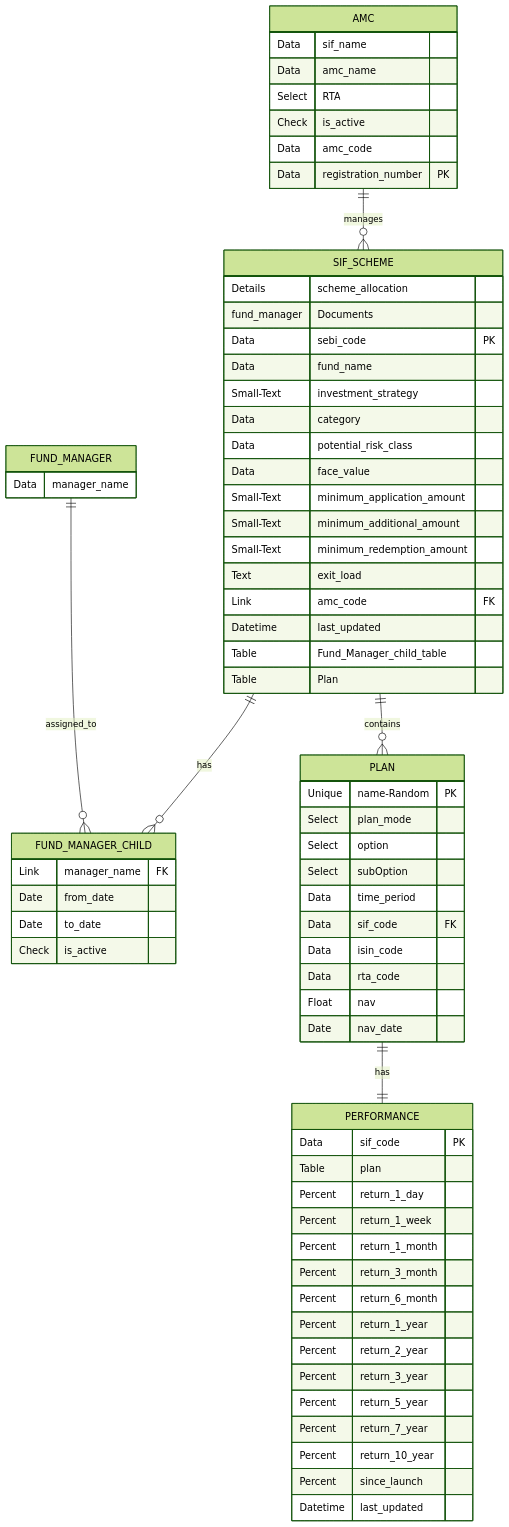
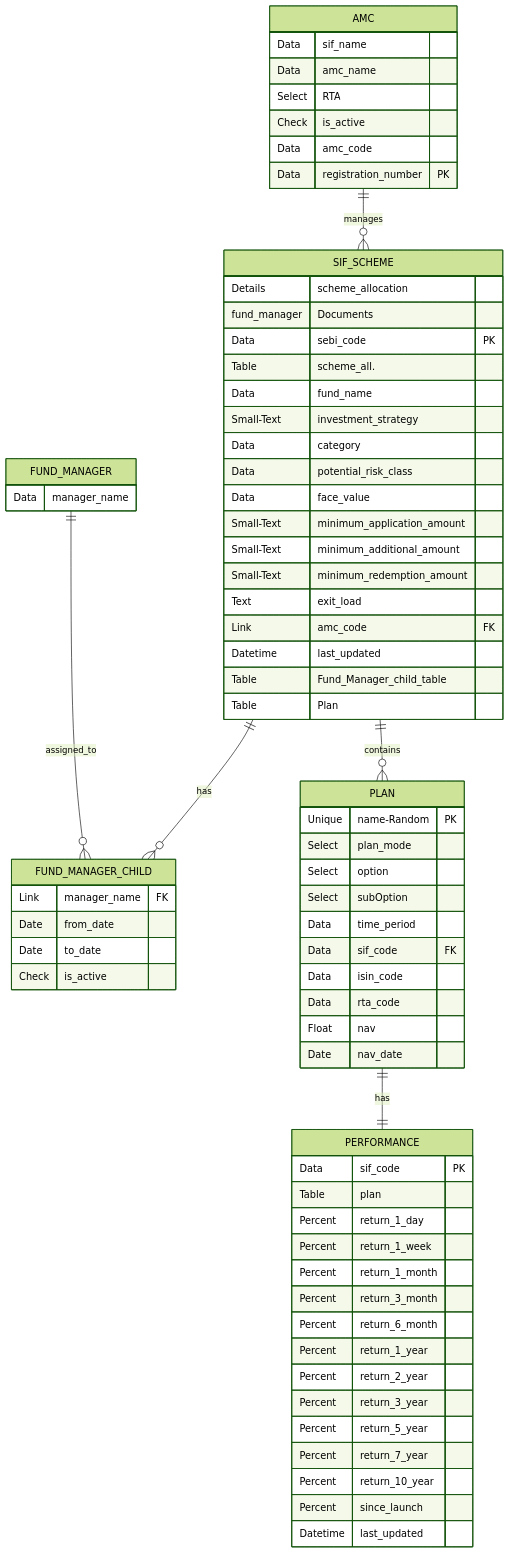
The diagram in sif_app/DOCTYPE architecture ER diagram.md (Satyam4755/My_SIF), drawn with Mermaid (forest theme) before and after one commit.

Commit message:
Update DOCTYPE architecture ER diagram.md

```diff
--- a/sif_app/DOCTYPE architecture ER diagram.md
+++ b/sif_app/DOCTYPE architecture ER diagram.md
@@ -35,7 +35,7 @@
 
     SIF_SCHEME {
          Details  scheme_allocation   fund_manager   Documents
-        Data sebi_code PK   
+        Data sebi_code PK Table scheme_all.
         Data fund_name
         Small-Text investment_strategy
         Data category
```
